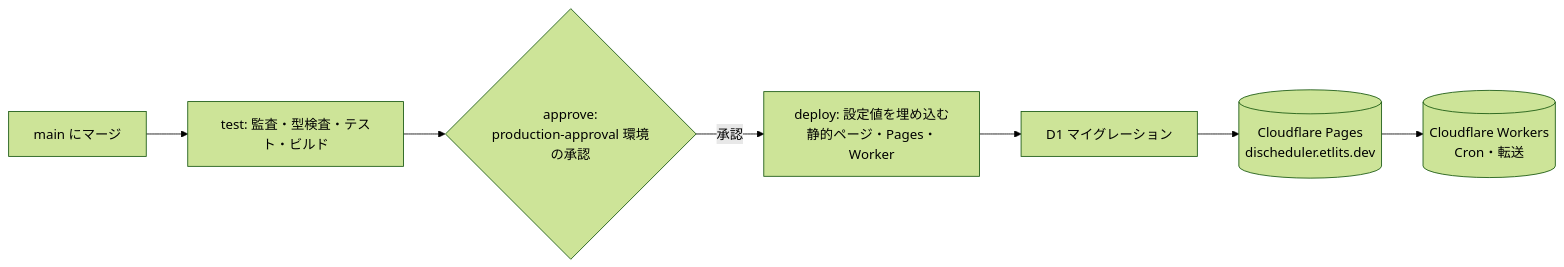
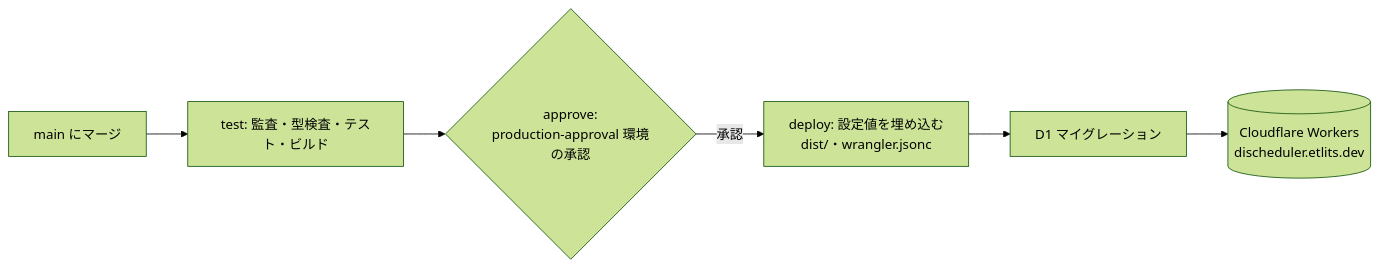
The fifth of 5 diagrams in docs/design.md (etlit-r/DIscheduler), drawn with Mermaid (forest theme) before and after one commit. The commit also changed other lines of this file and 15 other files, not shown here.

First line of the commit message:
本体を Cloudflare Pages から Worker（discheduler）に戻す

````diff
--- a/docs/design.md
+++ b/docs/design.md
@@ -1282,9 +1275,8 @@
 ```mermaid
 flowchart LR
   M[main にマージ] --> T[test: 監査・型検査・テスト・ビルド]
   T --> A{approve:<br/>production-approval 環境の承認}
-  A -- 承認 --> R[deploy: 設定値を埋め込む<br/>静的ページ・Pages・Worker]
+  A -- 承認 --> R[deploy: 設定値を埋め込む<br/>dist/・wrangler.jsonc]
   R --> MG[D1 マイグレーション]
-  MG --> P[(Cloudflare Pages<br/>discheduler.etlits.dev)]
-  P --> W[(Cloudflare Workers<br/>Cron・転送)]
+  MG --> W[(Cloudflare Workers<br/>discheduler.etlits.dev)]
 ```
````
